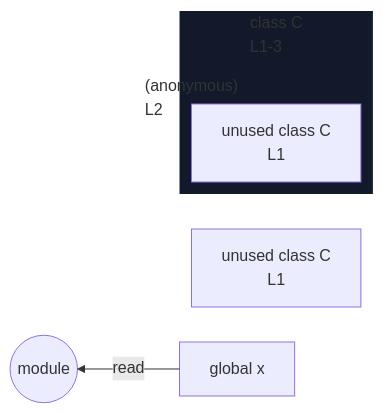
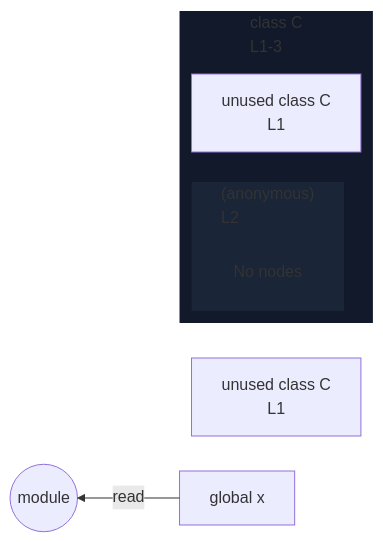
Before and after one commit to crescware/unsnarl: the diagram in integration/fixtures/app-behavior/ast-type-coverage/ts-parameter-property/preview.md, drawn with Mermaid. The commit also changed 55 other files, not shown here.

First line of the commit message:
Always emit a 'No nodes' placeholder in empty elk subgraphs

````diff
--- a/integration/fixtures/app-behavior/ast-type-coverage/ts-parameter-property/preview.md
+++ b/integration/fixtures/app-behavior/ast-type-coverage/ts-parameter-property/preview.md
@@ -13,19 +13,22 @@
 ```mermaid
 %%{init: {"flowchart": {"defaultRenderer": "elk"}}}%%
 flowchart RL
   n_scope_0_C_6["unused class C<br/>L1"]
   n_scope_0_x_31["global x"]
   subgraph s_scope_1["class C<br/>L1-3"]
     direction RL
     n_scope_1_C_6["unused class C<br/>L1"]
     subgraph s_scope_2["(anonymous)<br/>L2"]
       direction RL
+      elk_empty_s_scope_2["No nodes"]
     end
   end
   n_scope_0_x_31 -->|read| module_root
   module_root((module))
   classDef nestL1 fill:#11192a,stroke:transparent;
   class s_scope_1 nestL1;
   classDef nestL2 fill:#1a2538,stroke:transparent;
   class s_scope_2 nestL2;
+  classDef elkEmptyPlaceholder fill:transparent,stroke:transparent;
+  class elk_empty_s_scope_2 elkEmptyPlaceholder;
 ```
````
